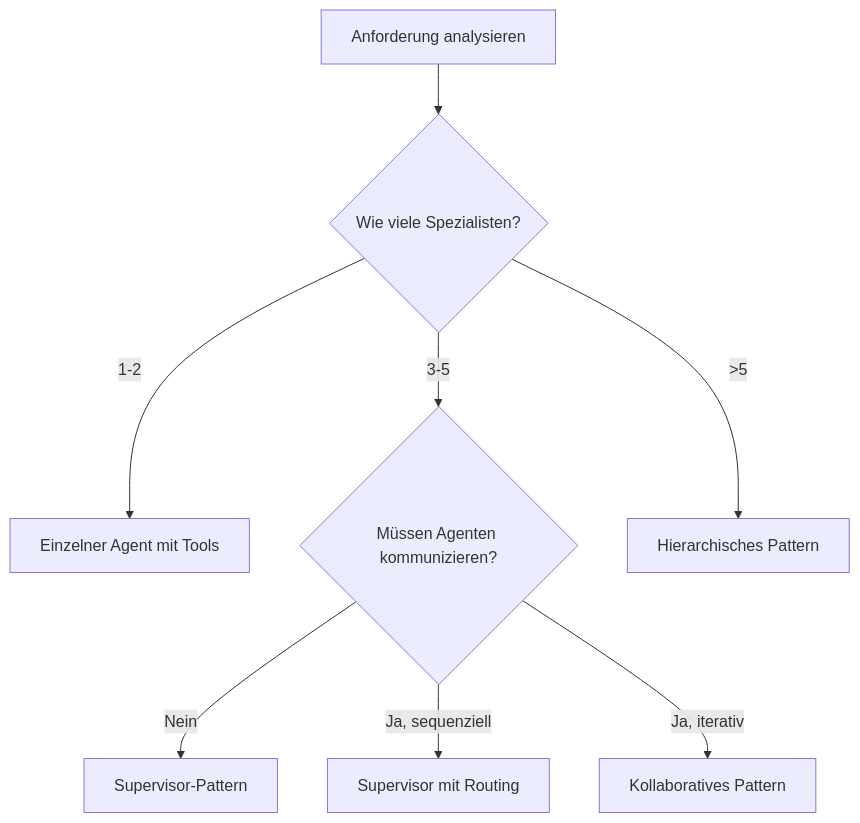
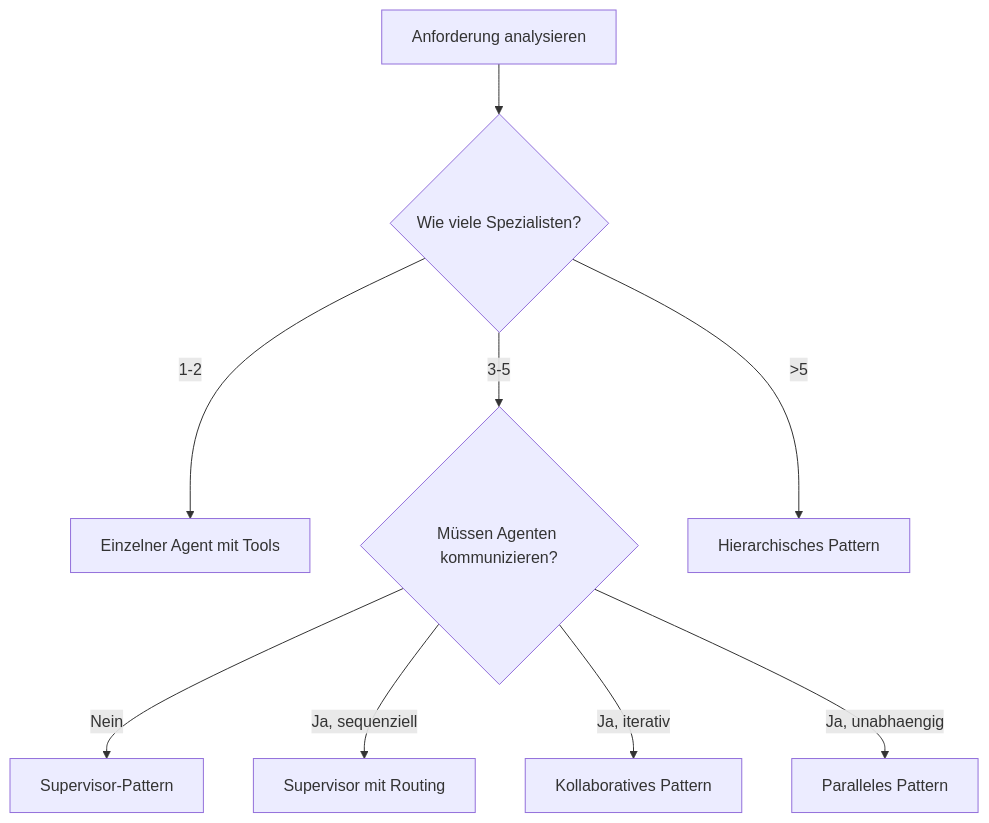
One commit to ralf-42/Agenten changed the eighth of 8 diagrams in docs/concepts/Multi_Agent_Systeme.md. Above: the diagram before and after it, drawn with Mermaid. The commit also changed other lines of this file and 37 other files, not shown here.

````diff
--- a/docs/concepts/Multi_Agent_Systeme.md
+++ b/docs/concepts/Multi_Agent_Systeme.md
@@ -528,11 +632,12 @@
 ```mermaid
 flowchart TD
     A[Anforderung analysieren] --> B{Wie viele Spezialisten?}
     B -->|1-2| C[Einzelner Agent mit Tools]
     B -->|3-5| D{Müssen Agenten kommunizieren?}
     B -->|>5| E[Hierarchisches Pattern]
     
     D -->|Nein| F[Supervisor-Pattern]
     D -->|Ja, sequenziell| G[Supervisor mit Routing]
     D -->|Ja, iterativ| H[Kollaboratives Pattern]
+    D -->|Ja, unabhaengig| I[Paralleles Pattern]
 ```
````
